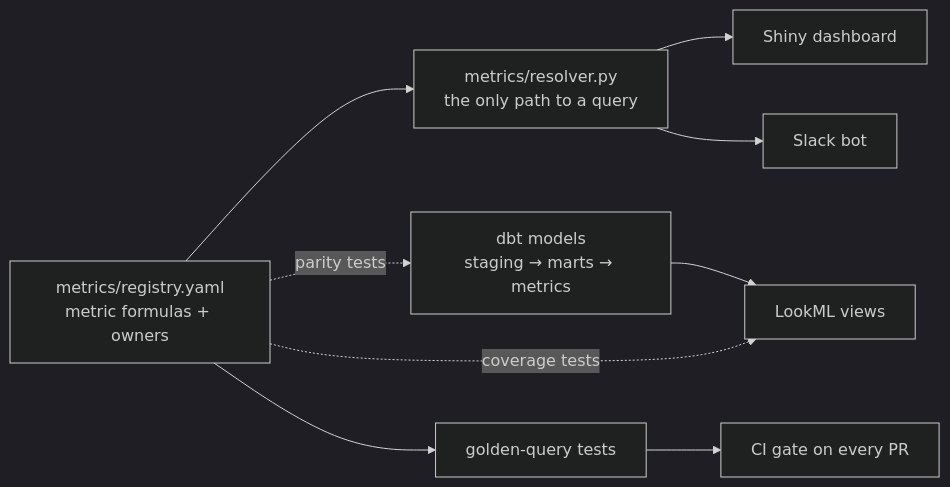
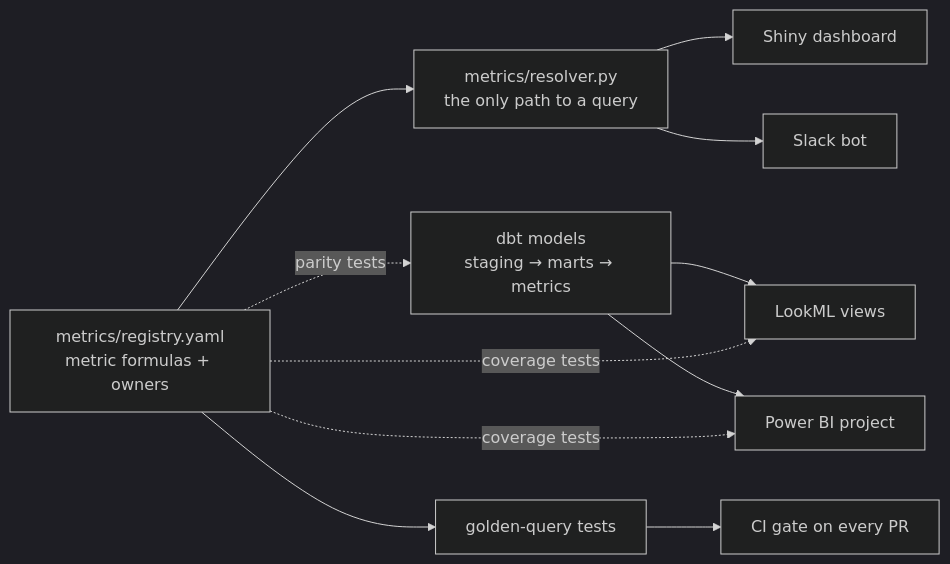
One commit to davidayala16/bi-framework changed the diagram in README.md. Above: the diagram before and after it, drawn with Mermaid (dark theme). The commit also changed other lines of this file and 41 other files, not shown here.

First line of the commit message:
Add Power BI project (PBIP) governed by the metrics registry

````diff
--- a/README.md
+++ b/README.md
@@ -15,10 +15,12 @@
 ```mermaid
 flowchart LR
     REG["metrics/registry.yaml<br/>metric formulas + owners"] --> RES["metrics/resolver.py<br/>the only path to a query"]
     RES --> SHINY["Shiny dashboard"]
     RES --> SLACK["Slack bot"]
     DBT["dbt models<br/>staging → marts → metrics"] --> LOOKER["LookML views"]
     REG -.parity tests.-> DBT
     REG -.coverage tests.-> LOOKER
+    DBT --> PBI["Power BI project"]
+    REG -.coverage tests.-> PBI
     REG --> TESTS["golden-query tests"] --> CI["CI gate on every PR"]
 ```
````
